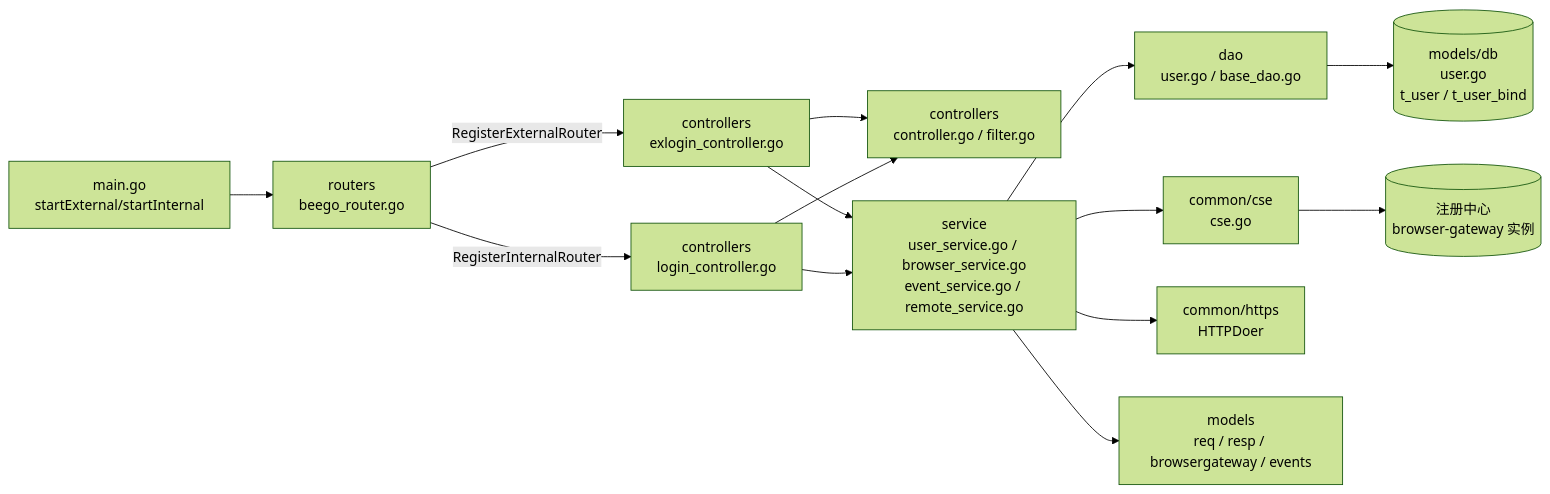
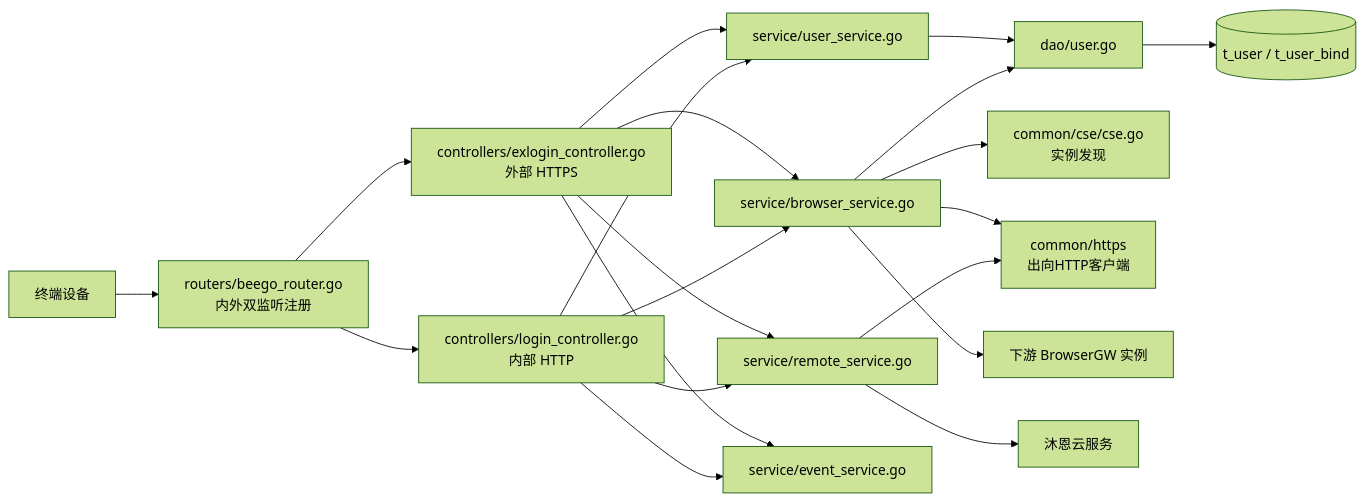
One commit to CoreGeekASTL/AIAction changed the second of 5 diagrams in docs/story/feature-login-auth.md. Above: the diagram before and after it, drawn with Mermaid (forest theme). The commit also changed other lines of this file and 6 other files, not shown here.

````diff
--- a/docs/story/feature-login-auth.md
+++ b/docs/story/feature-login-auth.md
@@ -103,16 +72,22 @@
 ```mermaid
 graph LR
-    M[main.go<br/>startExternal/startInternal] --> R[routers<br/>beego_router.go]
-    R -->|RegisterExternalRouter| CE[controllers<br/>exlogin_controller.go]
-    R -->|RegisterInternalRouter| CI[controllers<br/>login_controller.go]
-    CE --> CB[controllers<br/>controller.go / filter.go]
-    CI --> CB
-    CE --> S[service<br/>user_service.go / browser_service.go<br/>event_service.go / remote_service.go]
-    CI --> S
-    S --> D[dao<br/>user.go / base_dao.go]
-    S --> CSE[common/cse<br/>cse.go]
-    S --> H[common/https<br/>HTTPDoer]
-    D --> DB[(models/db<br/>user.go<br/>t_user / t_user_bind)]
-    CSE --> REG[(注册中心<br/>browser-gateway 实例)]
-    S --> MO[models<br/>req / resp / browsergateway / events]
+  Client[终端设备] --> Router[routers/beego_router.go<br/>内外双监听注册]
+  Router --> ExCtrl[controllers/exlogin_controller.go<br/>外部 HTTPS]
+  Router --> Ctrl[controllers/login_controller.go<br/>内部 HTTP]
+  ExCtrl --> UserSvc[service/user_service.go]
+  Ctrl --> UserSvc
+  ExCtrl --> BrowserSvc[service/browser_service.go]
+  Ctrl --> BrowserSvc
+  ExCtrl --> Remote[service/remote_service.go]
+  Ctrl --> Remote
+  ExCtrl --> EventSvc[service/event_service.go]
+  Ctrl --> EventSvc
+  UserSvc --> Dao[dao/user.go]
+  BrowserSvc --> Dao
+  BrowserSvc --> CSE[common/cse/cse.go<br/>实例发现]
+  BrowserSvc --> HTTPS[common/https<br/>出向HTTP客户端]
+  Remote --> HTTPS
+  Dao --> DB[(t_user / t_user_bind)]
+  BrowserSvc --> GW[下游 BrowserGW 实例]
+  Remote --> Muen[沐恩云服务]
 ```
````
